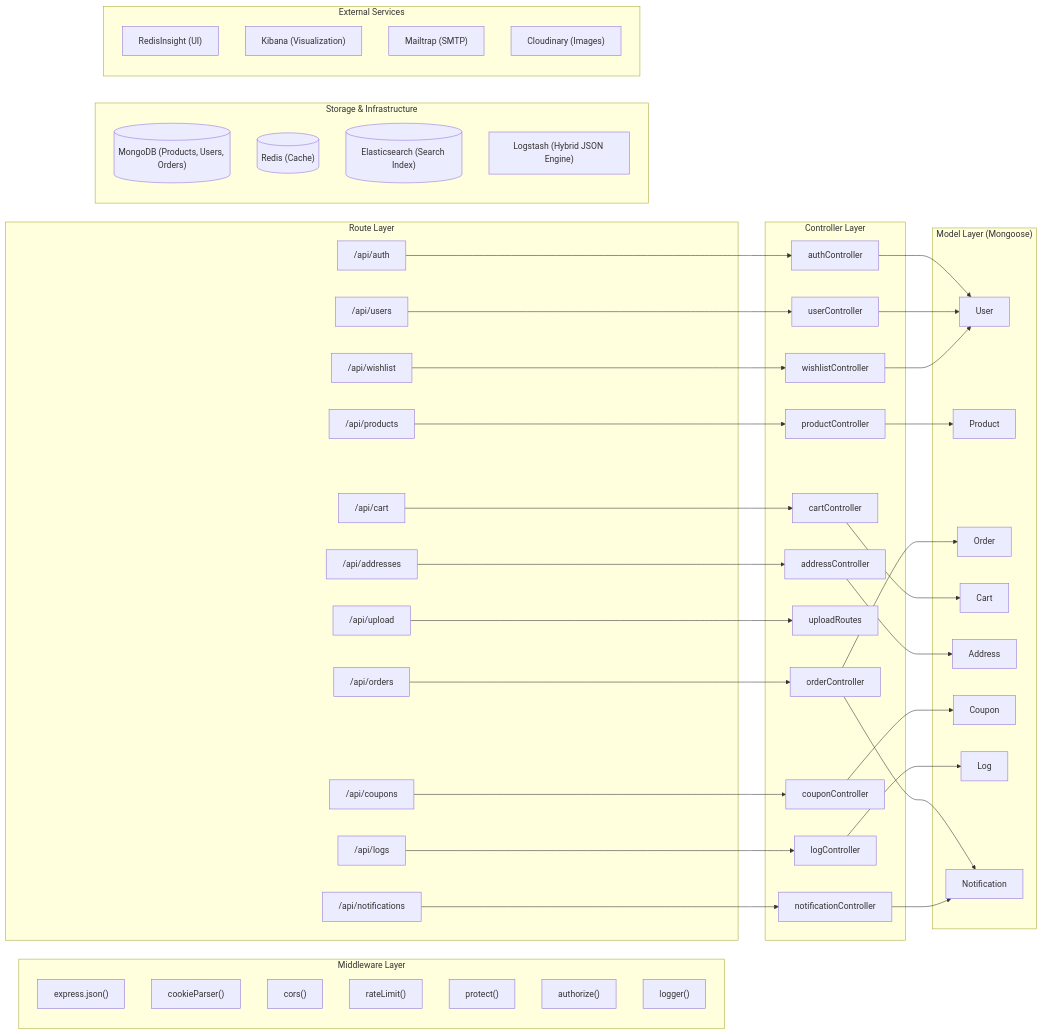
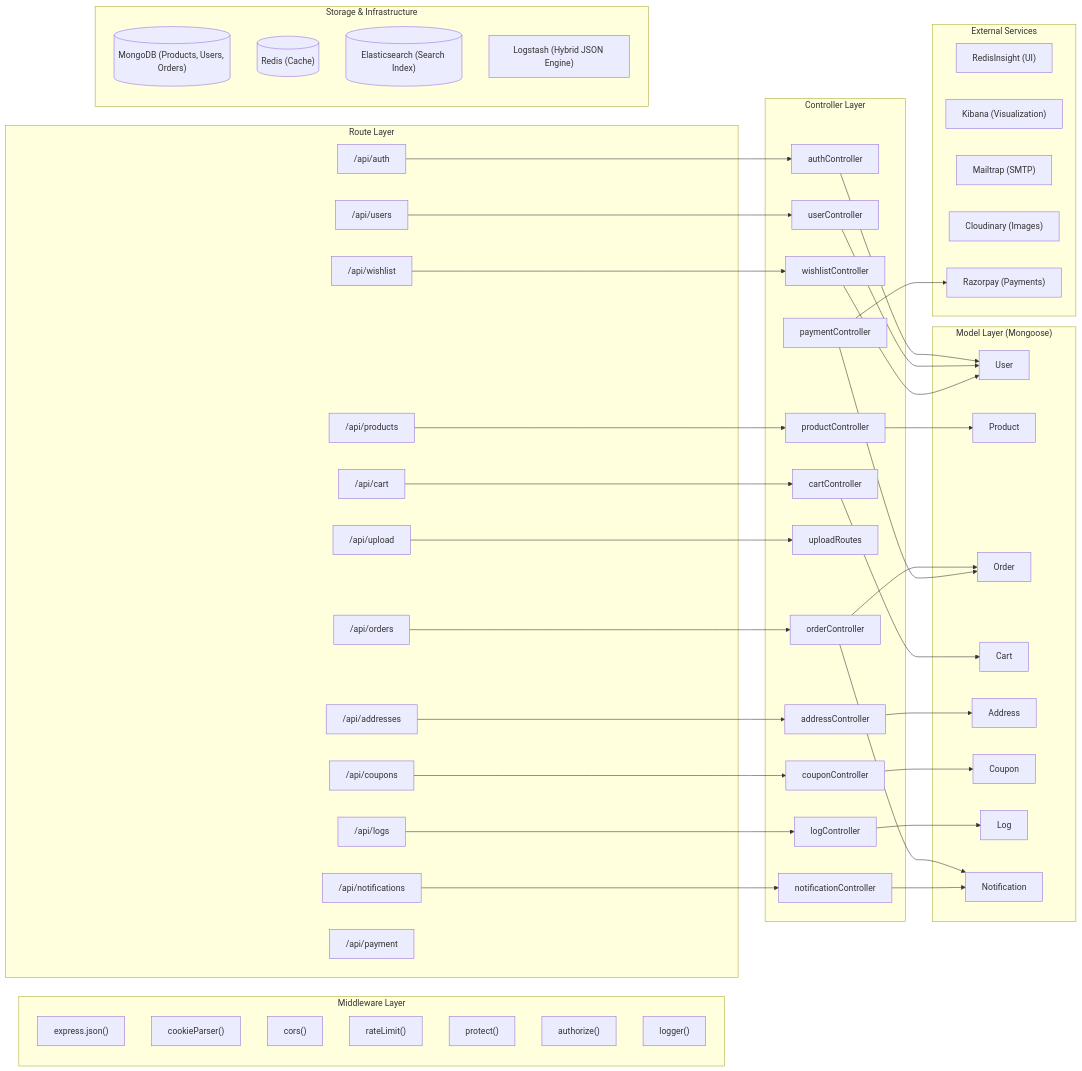
One commit to Narendrakaduru/QuickCart changed the second of 12 diagrams in architecture_diagrams.md. Above: the diagram before and after it, drawn with Mermaid. The commit also changed other lines of this file and 1 other file, not shown here.

Commit message:
feat: Document shopping cart page with dynamic item management and establish backend payment processing infrastructure.

````diff
--- a/architecture_diagrams.md
+++ b/architecture_diagrams.md
@@ -71,6 +73,7 @@
         R9["/api/logs"]
         R10["/api/coupons"]
         R11["/api/notifications"]
+        R12["/api/payment"]
     end
 
     subgraph Controllers["Controller Layer"]
@@ -85,6 +88,7 @@
         C9["logController"]
         C10["couponController"]
         C11["notificationController"]
+        C12["paymentController"]
     end
 
     subgraph Models["Model Layer (Mongoose)"]
@@ -110,6 +114,7 @@
         Kibana["Kibana (Visualization)"]
         Mailtrap["Mailtrap (SMTP)"]
         Cloudinary["Cloudinary (Images)"]
+        Razorpay["Razorpay (Payments)"]
     end
 
     R1 --> C1
@@ -135,4 +140,6 @@
     C9 --> M7
     C10 --> M6
     C11 --> M8
+    C12 --> M3
+    C12 --> Razorpay
 ```
````
